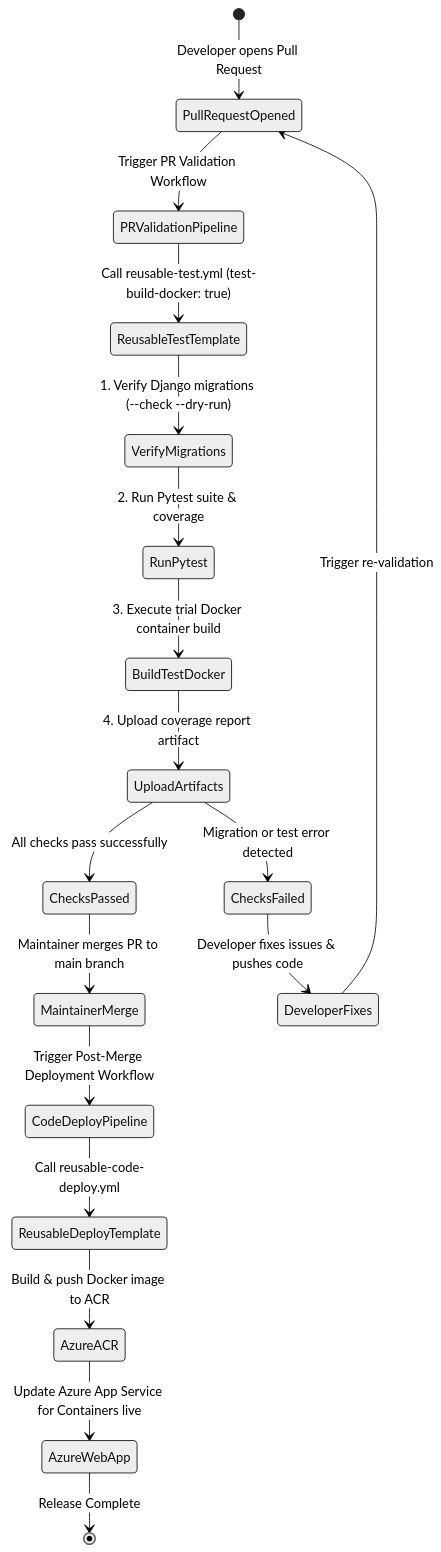
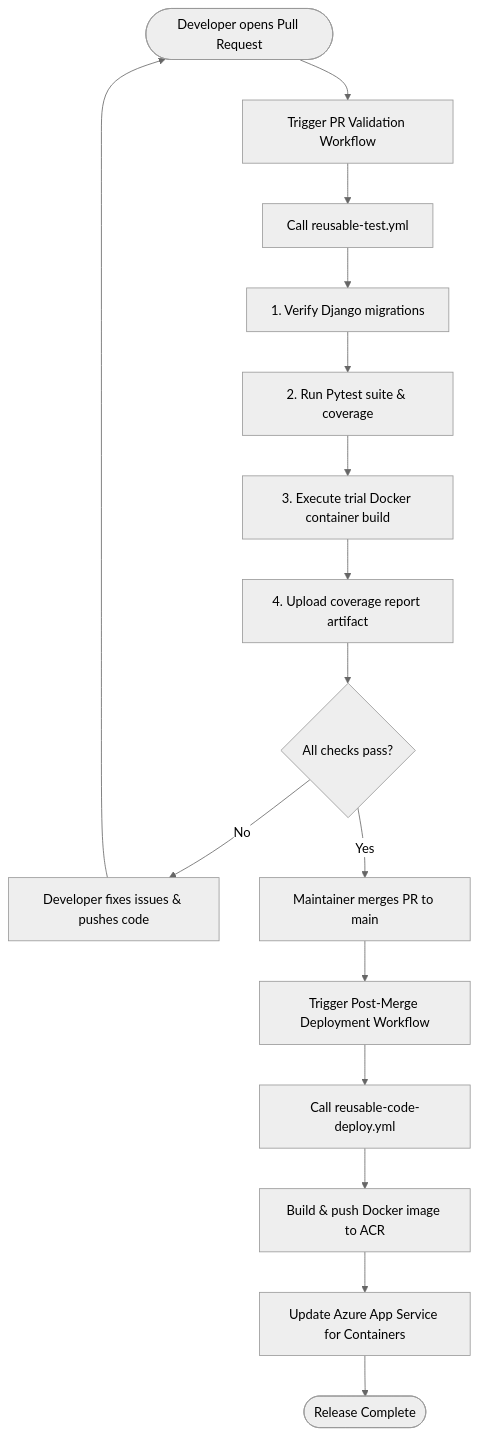
The diagram in docs/cicd-pipelines.md (Shubhankart101/TeamBoard), drawn with Mermaid (neutral theme) before and after one commit.

Commit message:
fix: convert mermaid stateDiagram to flowchart TD to fix github rendering issue

````diff
--- a/docs/cicd-pipelines.md
+++ b/docs/cicd-pipelines.md
@@ -22,20 +22,18 @@
 ```mermaid
-stateDiagram-v2
-    [*] --> PullRequestOpened: Developer opens Pull Request
-    PullRequestOpened --> PRValidationPipeline: Trigger PR Validation Workflow
-    PRValidationPipeline --> ReusableTestTemplate: Call reusable-test.yml (test-build-docker: true)
-    ReusableTestTemplate --> VerifyMigrations: 1. Verify Django migrations (--check --dry-run)
-    VerifyMigrations --> RunPytest: 2. Run Pytest suite & coverage
-    RunPytest --> BuildTestDocker: 3. Execute trial Docker container build
-    BuildTestDocker --> UploadArtifacts: 4. Upload coverage report artifact
-    UploadArtifacts --> ChecksPassed: All checks pass successfully
-    UploadArtifacts --> ChecksFailed: Migration or test error detected
-    ChecksFailed --> DeveloperFixes: Developer fixes issues & pushes code
-    DeveloperFixes --> PullRequestOpened: Trigger re-validation
-    ChecksPassed --> MaintainerMerge: Maintainer merges PR to main branch
-    MaintainerMerge --> CodeDeployPipeline: Trigger Post-Merge Deployment Workflow
-    CodeDeployPipeline --> ReusableDeployTemplate: Call reusable-code-deploy.yml
-    ReusableDeployTemplate --> AzureACR: Build & push Docker image to ACR
-    AzureACR --> AzureWebApp: Update Azure App Service for Containers live
-    AzureWebApp --> [*]: Release Complete
+flowchart TD
+    A([Developer opens Pull Request]) --> B[Trigger PR Validation Workflow]
+    B --> C[Call reusable-test.yml]
+    C --> D[1. Verify Django migrations]
+    D --> E[2. Run Pytest suite & coverage]
+    E --> F[3. Execute trial Docker container build]
+    F --> G[4. Upload coverage report artifact]
+    G --> H{All checks pass?}
+    H -->|No| I[Developer fixes issues & pushes code]
+    I --> A
+    H -->|Yes| J[Maintainer merges PR to main]
+    J --> K[Trigger Post-Merge Deployment Workflow]
+    K --> L[Call reusable-code-deploy.yml]
+    L --> M[Build & push Docker image to ACR]
+    M --> N[Update Azure App Service for Containers]
+    N --> O([Release Complete])
 ```
````
